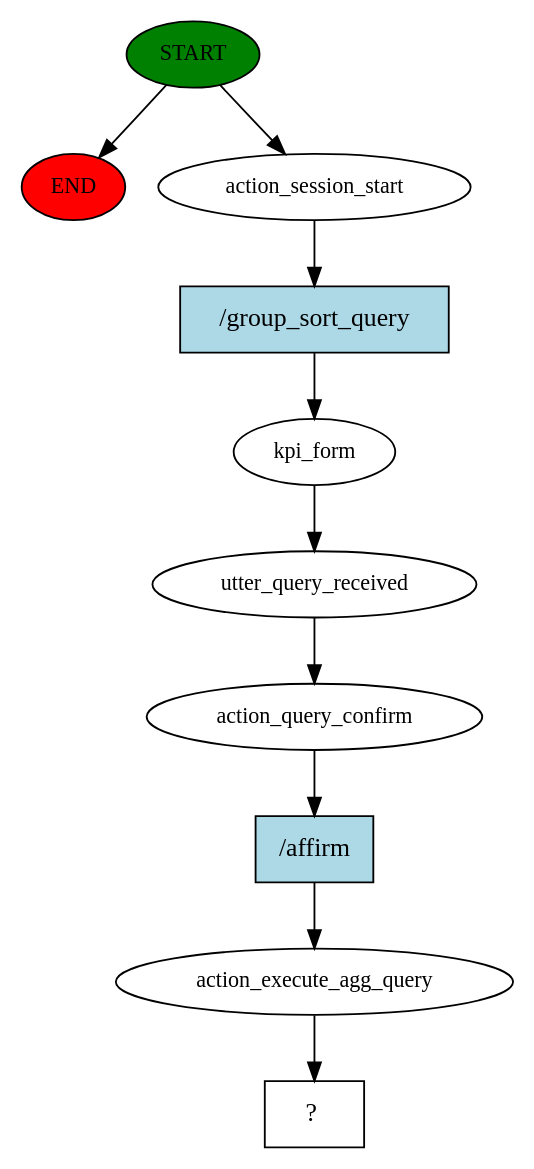
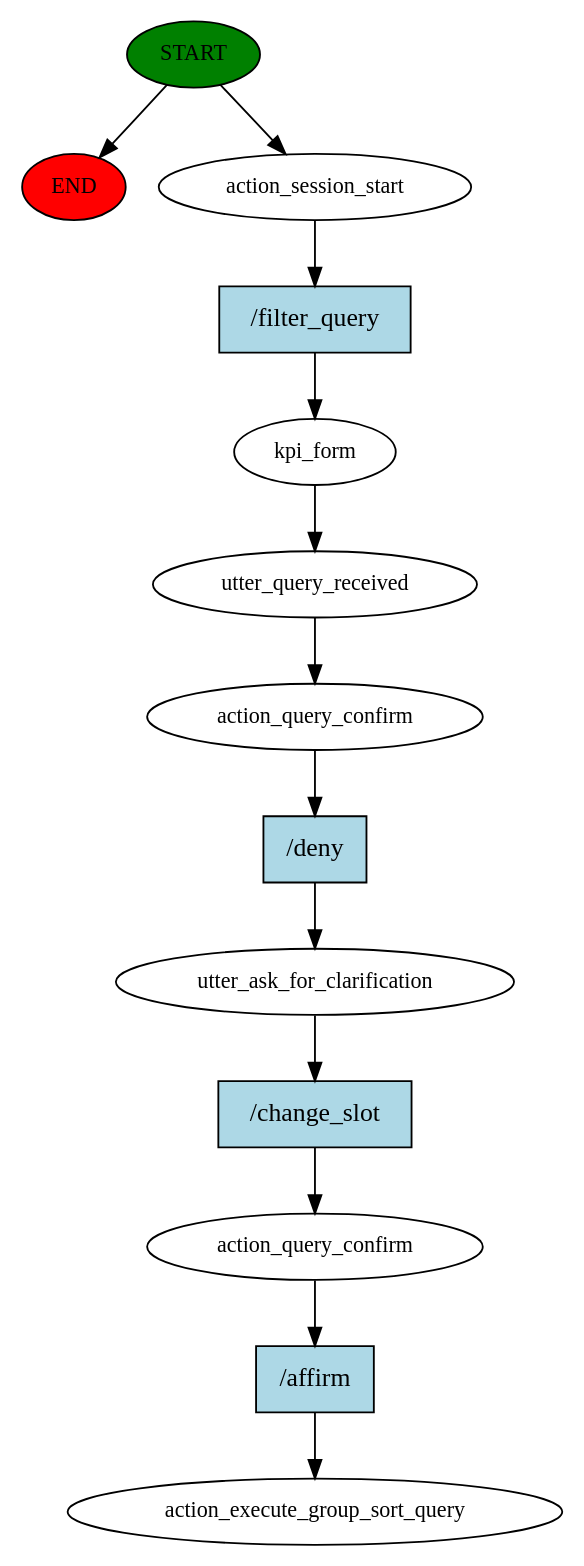
One commit to yuqiong11/kpichat changed the diagram in story_graph.dot. Above: the diagram before and after it, drawn with Graphviz. The commit also changed 34 other files, not shown here.

```diff
--- a/story_graph.dot
+++ b/story_graph.dot
@@ -1,21 +1,27 @@
 digraph  {
 0 [class="start active", fillcolor=green, fontsize=12, label=START, style=filled];
 "-1" [class=end, fillcolor=red, fontsize=12, label=END, style=filled];
 1 [class=active, fontsize=12, label=action_session_start];
 2 [class=active, fontsize=12, label=kpi_form];
 3 [class=active, fontsize=12, label=utter_query_received];
 4 [class=active, fontsize=12, label=action_query_confirm];
-5 [class=active, fontsize=12, label=action_execute_agg_query];
-6 [class="intent dashed active", label="  ?  ", shape=rect];
-7 [class="intent active", fillcolor=lightblue, label="/group_sort_query", shape=rect, style=filled];
-8 [class="intent active", fillcolor=lightblue, label="/affirm", shape=rect, style=filled];
+5 [class=active, fontsize=12, label=utter_ask_for_clarification];
+6 [class=active, fontsize=12, label=action_query_confirm];
+7 [class="dashed active", fontsize=12, label=action_execute_group_sort_query];
+8 [class="intent active", fillcolor=lightblue, label="/filter_query", shape=rect, style=filled];
+9 [class="intent active", fillcolor=lightblue, label="/deny", shape=rect, style=filled];
+10 [class="intent active", fillcolor=lightblue, label="/change_slot", shape=rect, style=filled];
+11 [class="intent active", fillcolor=lightblue, label="/affirm", shape=rect, style=filled];
 0 -> "-1"  [class="", key=NONE, label=""];
 0 -> 1  [class=active, key=NONE, label=""];
-1 -> 7  [class=active, key=0];
+1 -> 8  [class=active, key=0];
 2 -> 3  [class=active, key=NONE, label=""];
 3 -> 4  [class=active, key=NONE, label=""];
-4 -> 8  [class=active, key=0];
-5 -> 6  [class=active, key=NONE, label=""];
-7 -> 2  [class=active, key=0];
-8 -> 5  [class=active, key=0];
+4 -> 9  [class=active, key=0];
+5 -> 10  [class=active, key=0];
+6 -> 11  [class=active, key=0];
+8 -> 2  [class=active, key=0];
+9 -> 5  [class=active, key=0];
+10 -> 6  [class=active, key=0];
+11 -> 7  [class=active, key=0];
 }
```
